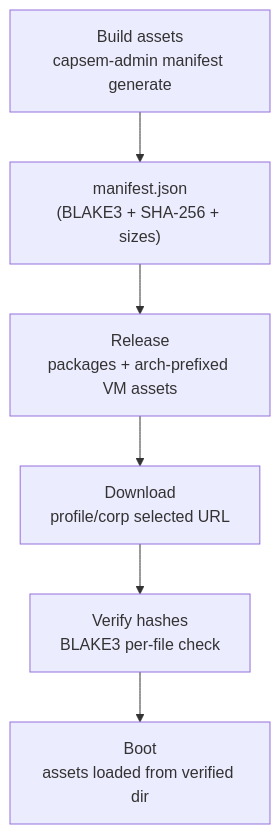
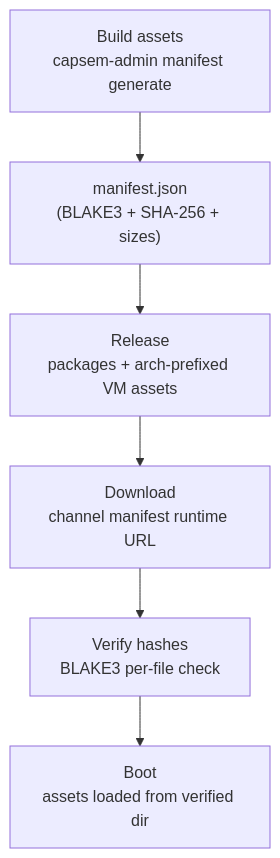
The second of 2 diagrams in web/docs/src/content/docs/security/build-verification.md (google/capsem), drawn with Mermaid before and after one commit. The commit also changed other lines of this file and 51 other files, not shown here.

````diff
--- a/web/docs/src/content/docs/security/build-verification.md
+++ b/web/docs/src/content/docs/security/build-verification.md
@@ -145,8 +145,8 @@
 ```mermaid
 graph TD
     A["Build assets<br/>capsem-admin manifest generate"] --> B["manifest.json<br/>(BLAKE3 + SHA-256 + sizes)"]
     B --> C["Release<br/>packages + arch-prefixed VM assets"]
-    C --> D["Download<br/>profile/corp selected URL"]
+    C --> D["Download<br/>channel manifest runtime URL"]
     D --> E["Verify hashes<br/>BLAKE3 per-file check"]
     E --> F["Boot<br/>assets loaded from verified dir"]
 ```
````
